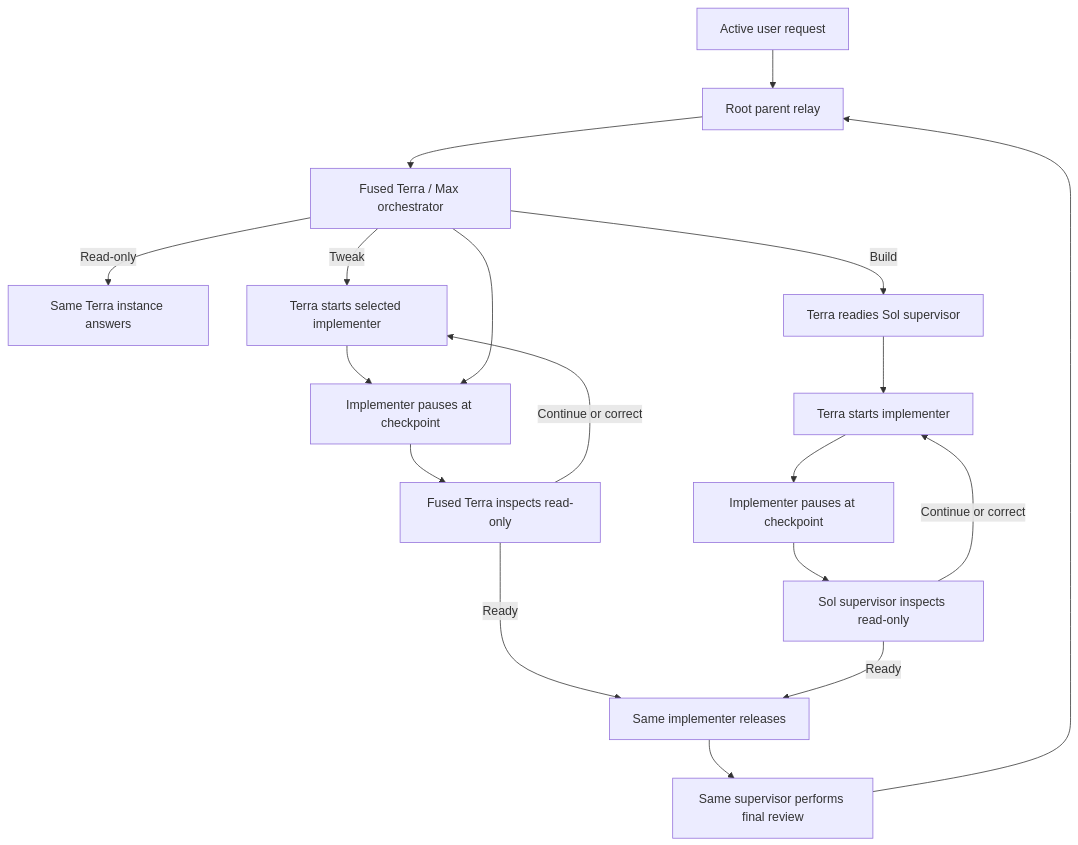
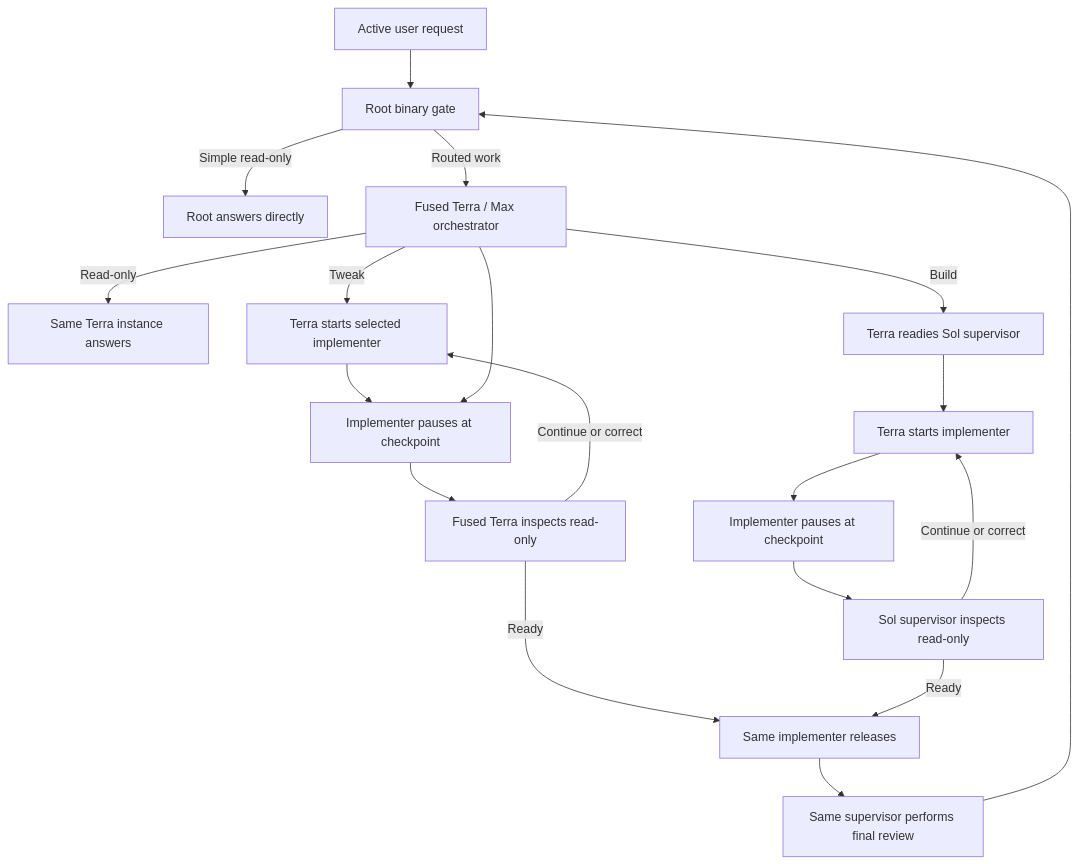
Before and after one commit to jessejaffe/codex-orchestration: the diagram in README.md, drawn with Mermaid. The commit also changed other lines of this file and 10 other files, not shown here.

Commit message:
Speed up read-only orchestration follow-ups

````diff
--- a/README.md
+++ b/README.md
@@ -69,20 +72,21 @@
 ```mermaid
 flowchart TD
-    U["Active user request"] --> P["Root parent relay"]
-    P --> T["Fused Terra / Max orchestrator"]
+    U["Active user request"] --> P["Root binary gate"]
+    P -->|"Simple read-only"| A["Root answers directly"]
+    P -->|"Routed work"| T["Fused Terra / Max orchestrator"]
     T -->|"Read-only"| R["Same Terra instance answers"]
     T -->|"Tweak"| I["Terra starts selected implementer"]
     T -->|"Build"| S0["Terra readies Sol supervisor"]
     S0 --> B["Terra starts implementer"]
     I --> C["Implementer pauses at checkpoint"]
     T --> C
     B --> D["Implementer pauses at checkpoint"]
     C --> V["Fused Terra inspects read-only"]
     D --> S["Sol supervisor inspects read-only"]
     V -->|"Continue or correct"| I
     S -->|"Continue or correct"| B
     V -->|"Ready"| X["Same implementer releases"]
     S -->|"Ready"| X
     X --> F["Same supervisor performs final review"]
     F --> P
 ```
````
